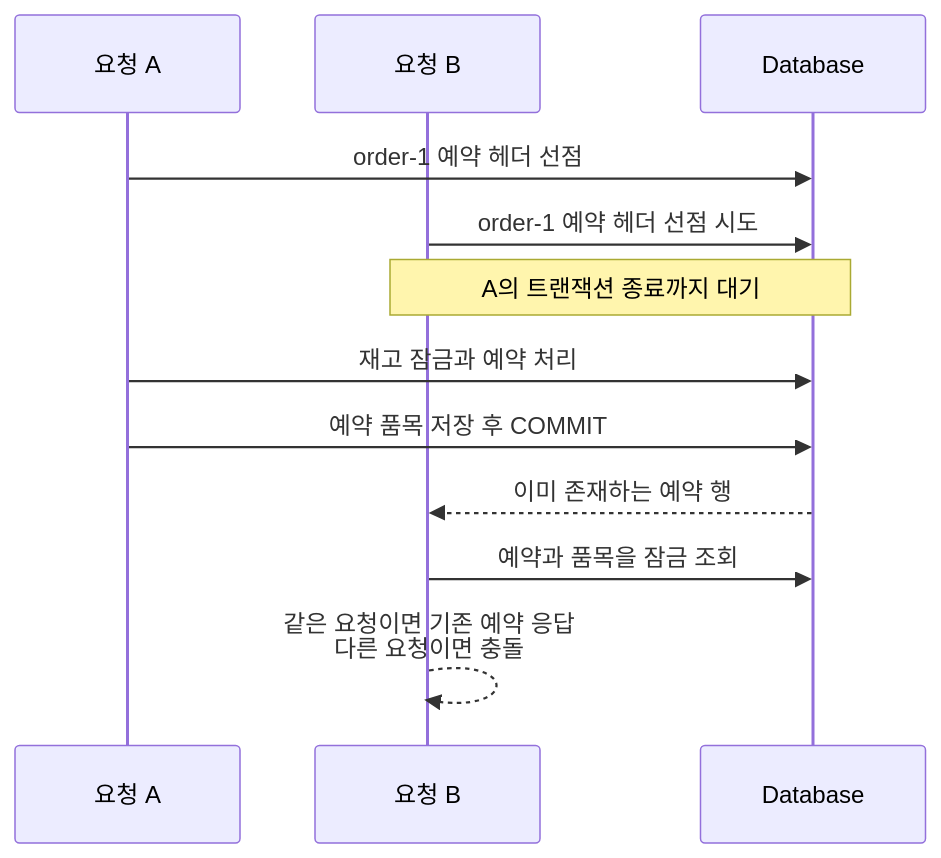
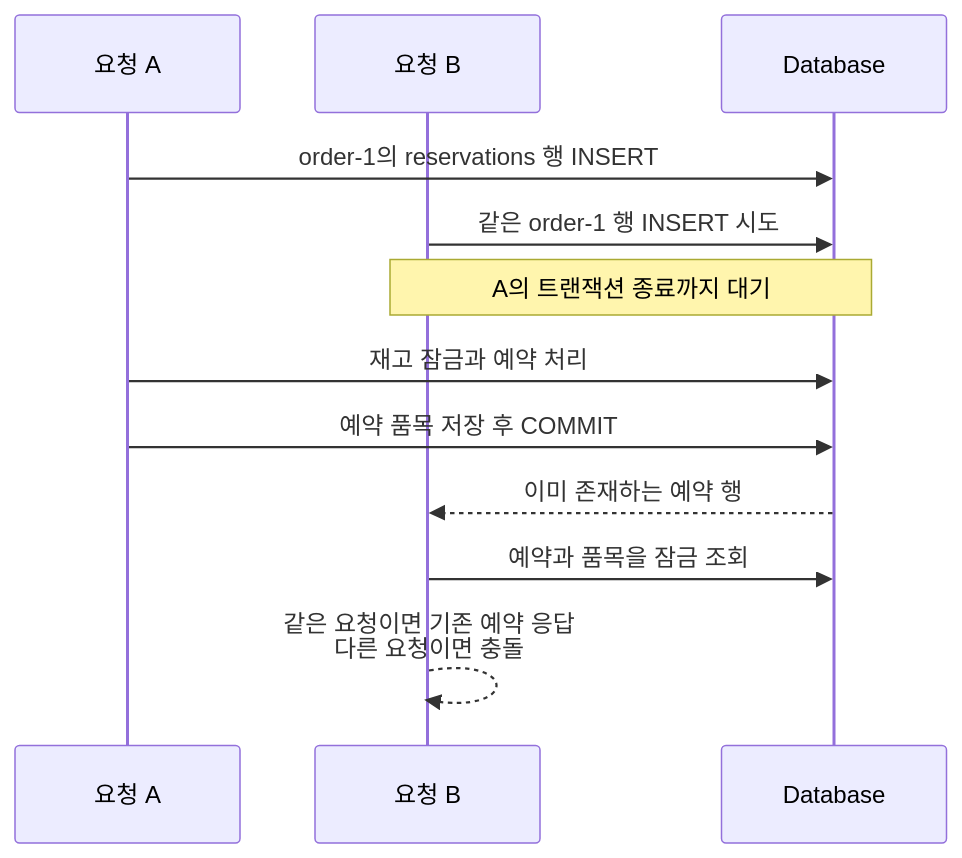
Before and after one commit to impati/impati.github.io: the second of 2 diagrams in _posts/2026-09-13-concurrent-inventory-reservation.md, drawn with Mermaid. The commit also changed other lines of this file, not shown here.

````diff
--- a/_posts/2026-09-13-concurrent-inventory-reservation.md
+++ b/_posts/2026-09-13-concurrent-inventory-reservation.md
@@ -154,14 +167,14 @@
 ```mermaid
 sequenceDiagram
     participant A as 요청 A
     participant B as 요청 B
     participant DB as Database
-    A->>DB: order-1 예약 헤더 선점
-    B->>DB: order-1 예약 헤더 선점 시도
+    A->>DB: order-1의 reservations 행 INSERT
+    B->>DB: 같은 order-1 행 INSERT 시도
     Note over B,DB: A의 트랜잭션 종료까지 대기
     A->>DB: 재고 잠금과 예약 처리
     A->>DB: 예약 품목 저장 후 COMMIT
     DB-->>B: 이미 존재하는 예약 행
     B->>DB: 예약과 품목을 잠금 조회
     B-->>B: 같은 요청이면 기존 예약 응답<br/>다른 요청이면 충돌
 ```
````
